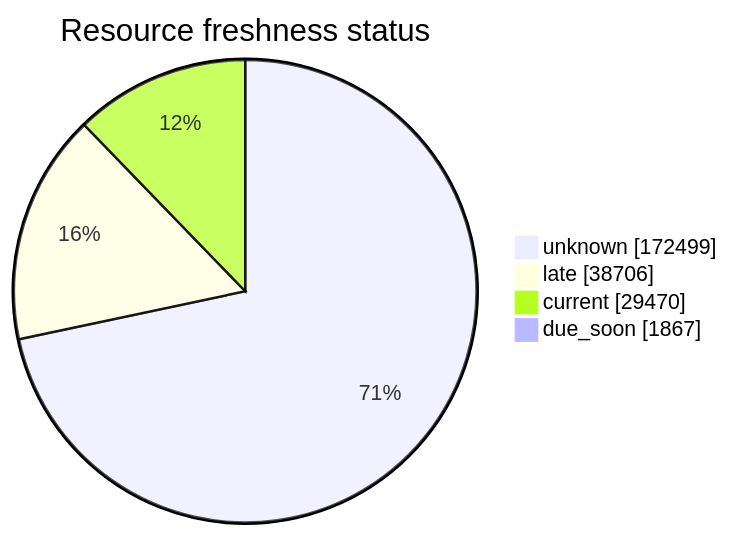
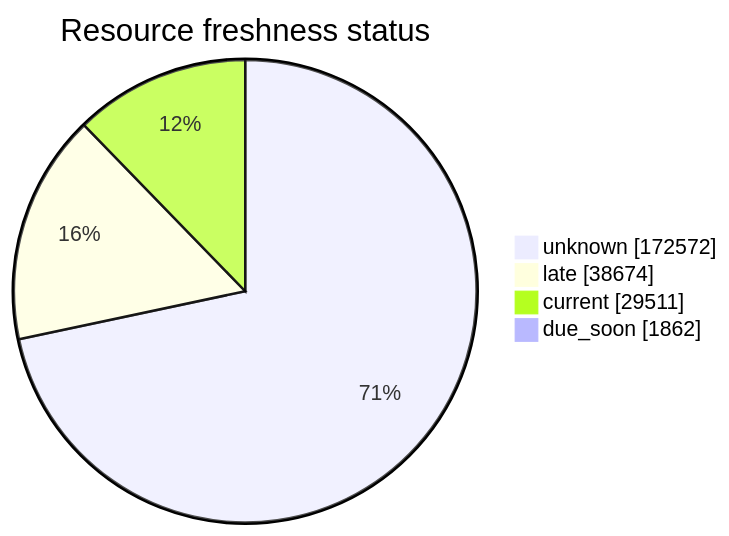
Before and after one commit to open-data/analytics-corporate-reporting: the third of 5 diagrams in FreshCheck/README.md, drawn with Mermaid. The commit also changed other lines of this file and 3 other files, not shown here.

````diff
--- a/FreshCheck/README.md
+++ b/FreshCheck/README.md
@@ -77,7 +77,7 @@
 ```mermaid
 pie showData title Resource freshness status
-    "unknown": 172499
-    "late": 38706
-    "current": 29470
-    "due_soon": 1867
+    "unknown": 172572
+    "late": 38674
+    "current": 29511
+    "due_soon": 1862
 ```
````
